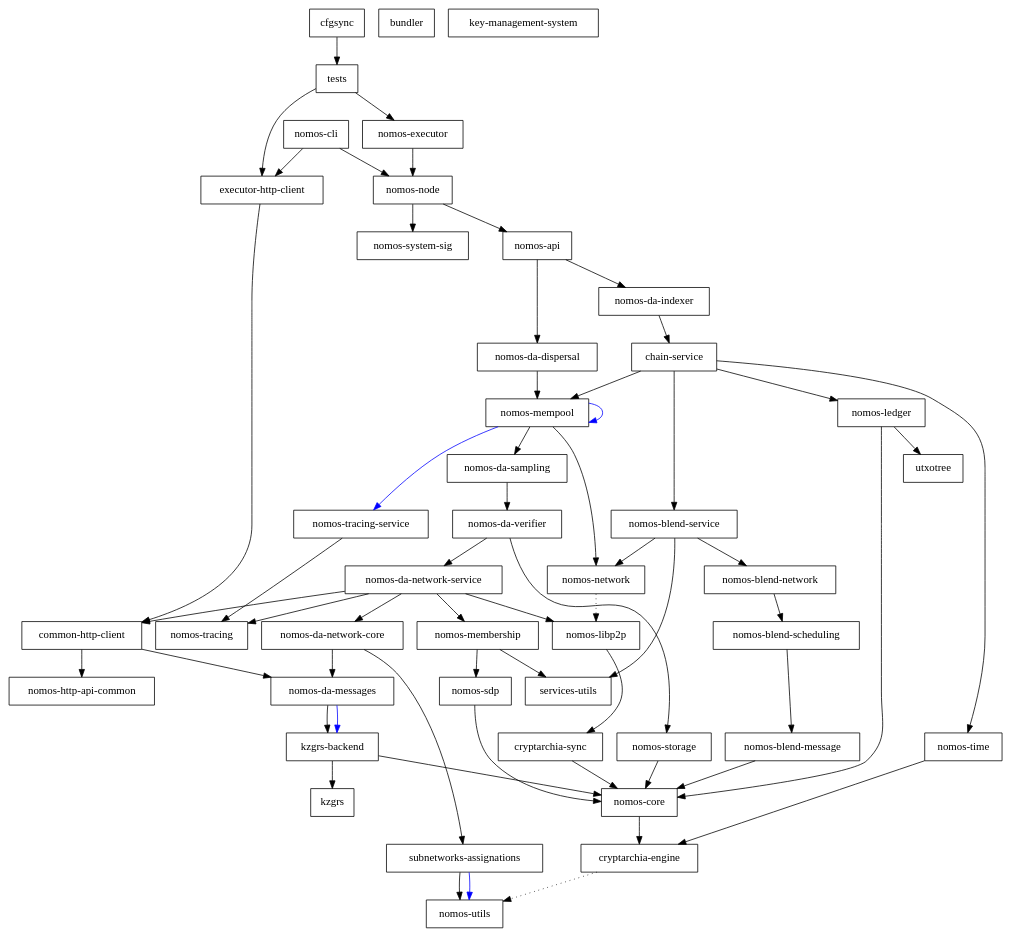
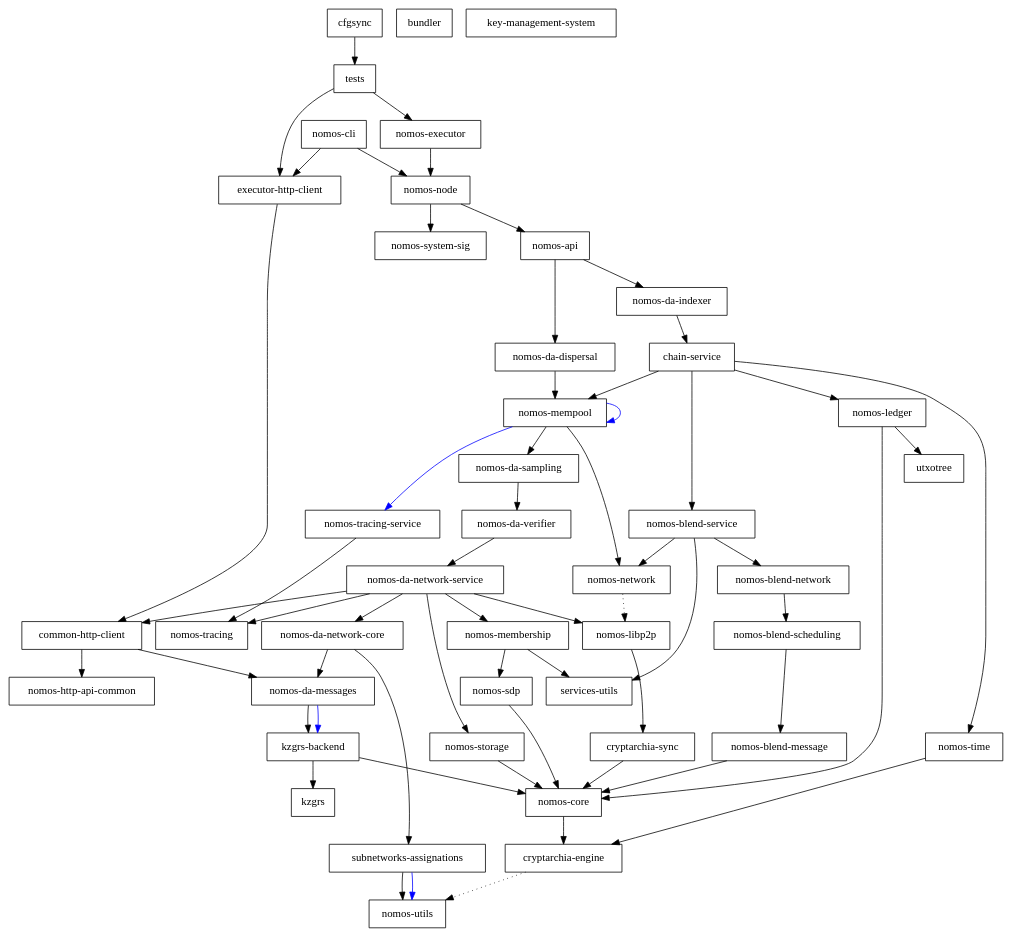
The diagram in dependencies_graph.dot (Astro521/logos-blockchain), drawn with Graphviz before and after one commit. The commit also changed 14 other files, not shown here.

```diff
--- a/dependencies_graph.dot
+++ b/dependencies_graph.dot
@@ -1,103 +1,103 @@
 digraph {
     0 [ label = "cryptarchia-engine" shape = box]
     1 [ label = "nomos-utils" shape = box]
     2 [ label = "cryptarchia-sync" shape = box]
     3 [ label = "nomos-core" shape = box]
     4 [ label = "nomos-ledger" shape = box]
     5 [ label = "utxotree" shape = box]
     6 [ label = "nomos-http-api-common" shape = box]
     7 [ label = "nomos-executor" shape = box]
     8 [ label = "kzgrs-backend" shape = box]
     9 [ label = "kzgrs" shape = box]
     10 [ label = "nomos-api" shape = box]
     11 [ label = "chain-service" shape = box]
     12 [ label = "nomos-blend-service" shape = box]
     13 [ label = "nomos-blend-message" shape = box]
     14 [ label = "nomos-blend-network" shape = box]
     15 [ label = "nomos-blend-scheduling" shape = box]
     16 [ label = "nomos-libp2p" shape = box]
     17 [ label = "nomos-network" shape = box]
     18 [ label = "services-utils" shape = box]
     19 [ label = "nomos-da-sampling" shape = box]
     20 [ label = "nomos-da-network-core" shape = box]
     21 [ label = "nomos-da-messages" shape = box]
     22 [ label = "subnetworks-assignations" shape = box]
     23 [ label = "nomos-da-network-service" shape = box]
     24 [ label = "common-http-client" shape = box]
     25 [ label = "nomos-membership" shape = box]
     26 [ label = "nomos-sdp" shape = box]
-    27 [ label = "nomos-tracing" shape = box]
-    28 [ label = "nomos-da-verifier" shape = box]
-    29 [ label = "nomos-storage" shape = box]
+    27 [ label = "nomos-storage" shape = box]
+    28 [ label = "nomos-tracing" shape = box]
+    29 [ label = "nomos-da-verifier" shape = box]
     30 [ label = "nomos-mempool" shape = box]
     31 [ label = "nomos-tracing-service" shape = box]
     32 [ label = "nomos-time" shape = box]
     33 [ label = "nomos-da-dispersal" shape = box]
     34 [ label = "nomos-da-indexer" shape = box]
     35 [ label = "nomos-node" shape = box]
     36 [ label = "nomos-system-sig" shape = box]
     37 [ label = "executor-http-client" shape = box]
     38 [ label = "bundler" shape = box]
     39 [ label = "nomos-cli" shape = box]
     40 [ label = "key-management-system" shape = box]
     41 [ label = "cfgsync" shape = box]
     42 [ label = "tests" shape = box]
     0 -> 1 [ style = dotted]
     2 -> 3 [ ]
     3 -> 0 [ ]
     4 -> 3 [ ]
     4 -> 5 [ ]
     7 -> 35 [ ]
     8 -> 9 [ ]
     8 -> 3 [ ]
     10 -> 33 [ ]
     10 -> 34 [ ]
     11 -> 12 [ ]
     11 -> 4 [ ]
     11 -> 30 [ ]
     11 -> 32 [ ]
     12 -> 14 [ ]
     12 -> 17 [ ]
     12 -> 18 [ ]
     13 -> 3 [ ]
     14 -> 15 [ ]
     15 -> 13 [ ]
     16 -> 2 [ ]
     17 -> 16 [ style = dotted]
-    19 -> 28 [ ]
+    19 -> 29 [ ]
     20 -> 21 [ ]
     20 -> 22 [ ]
     21 -> 8 [ ]
     21 -> 8 [ color = blue]
     22 -> 1 [ ]
     22 -> 1 [ color = blue]
     23 -> 24 [ ]
     23 -> 20 [ ]
     23 -> 16 [ ]
     23 -> 25 [ ]
     23 -> 27 [ ]
+    23 -> 28 [ ]
     24 -> 21 [ ]
     24 -> 6 [ ]
     25 -> 26 [ ]
     25 -> 18 [ ]
     26 -> 3 [ ]
-    28 -> 23 [ ]
-    28 -> 29 [ ]
-    29 -> 3 [ ]
+    27 -> 3 [ ]
+    29 -> 23 [ ]
     30 -> 19 [ ]
     30 -> 30 [ color = blue]
     30 -> 17 [ ]
     30 -> 31 [ color = blue]
-    31 -> 27 [ ]
+    31 -> 28 [ ]
     32 -> 0 [ ]
     33 -> 30 [ ]
     34 -> 11 [ ]
     35 -> 10 [ ]
     35 -> 36 [ ]
     37 -> 24 [ ]
     39 -> 37 [ ]
     39 -> 35 [ ]
     41 -> 42 [ ]
     42 -> 37 [ ]
     42 -> 7 [ ]
 }
```
